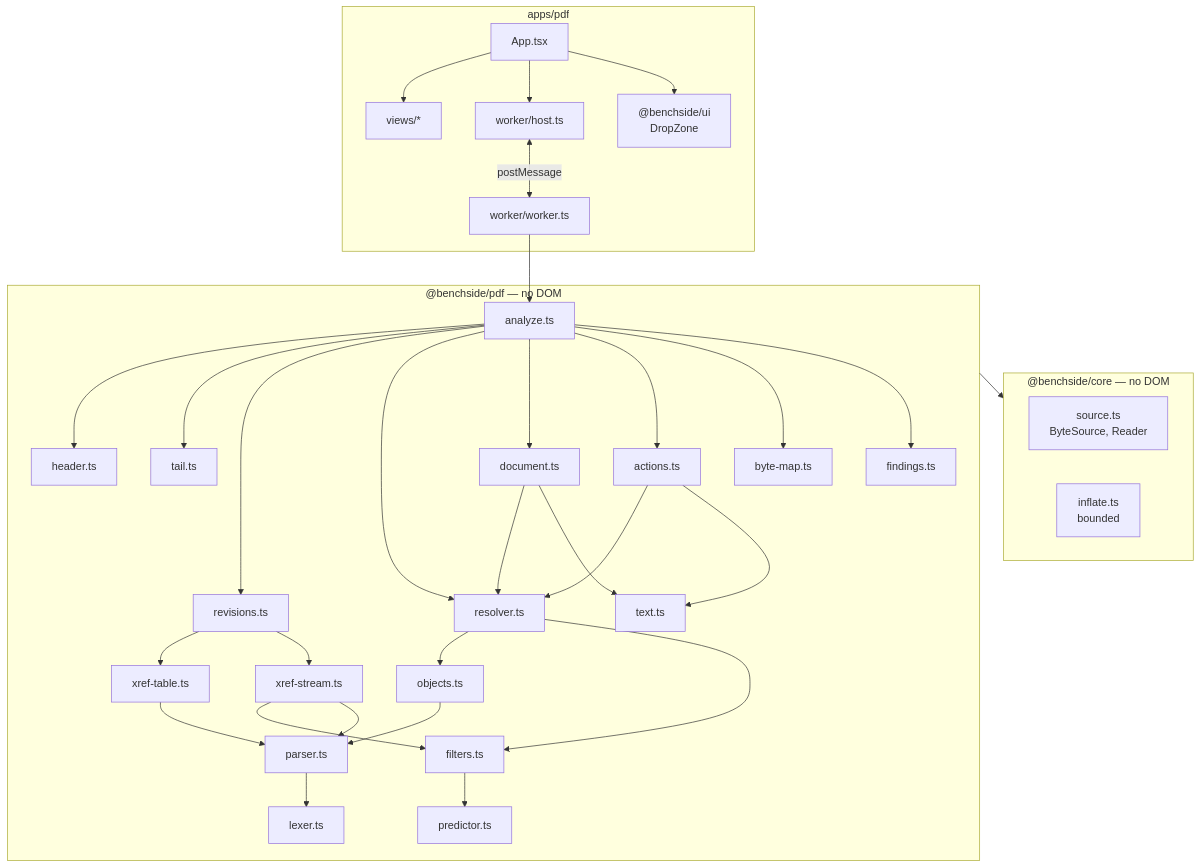
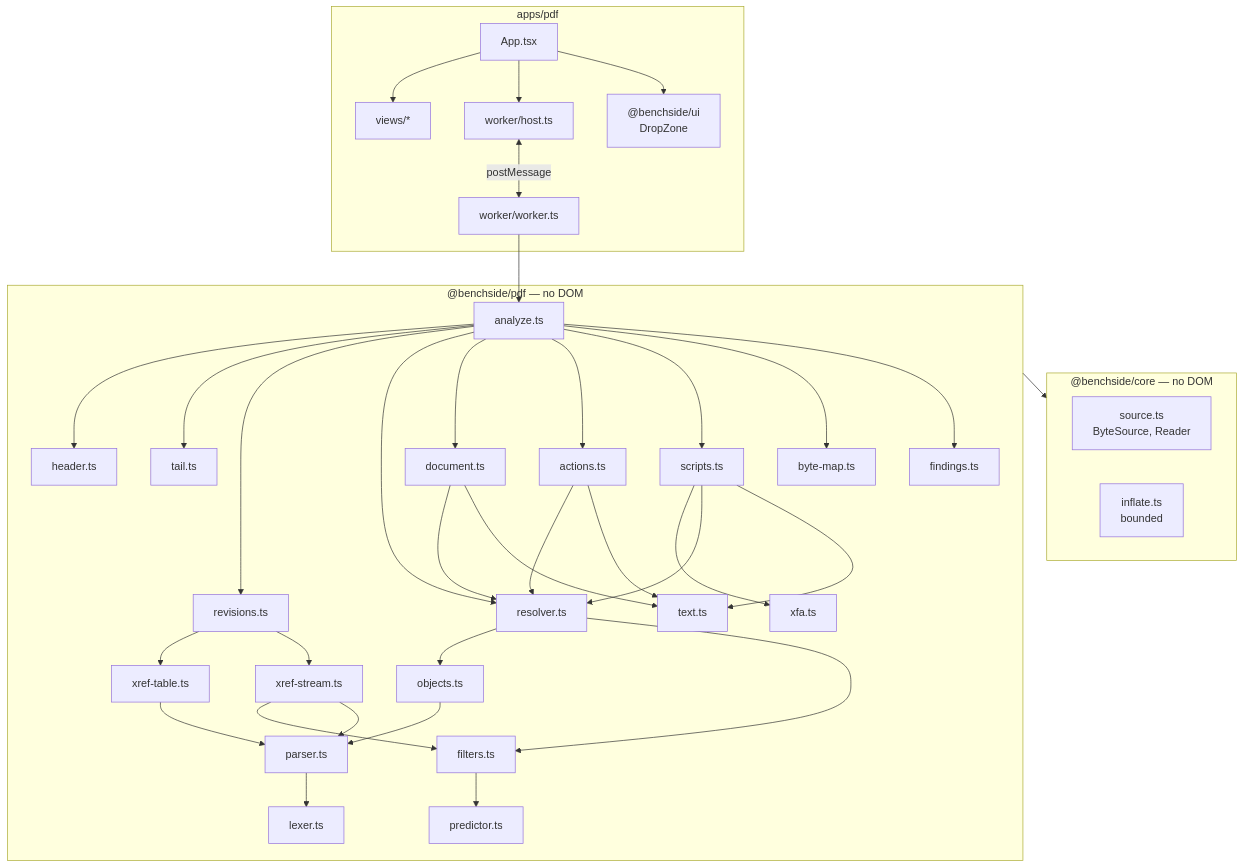
The first of 2 diagrams in docs/explanation/pdf-architecture.md (photom/benchside), drawn with Mermaid before and after one commit. The commit also changed other lines of this file and 30 other files, not shown here.

Commit message:
Find PDF scripts outside actions (#11)

````diff
--- a/docs/explanation/pdf-architecture.md
+++ b/docs/explanation/pdf-architecture.md
@@ -7,35 +7,37 @@
 ```mermaid
 flowchart TD
   subgraph app ["apps/pdf"]
     App[App.tsx] --> views[views/*]
     App --> host[worker/host.ts]
     host <-- postMessage --> worker[worker/worker.ts]
     App --> ui["@benchside/ui<br/>DropZone"]
   end
   subgraph pkg ["@benchside/pdf — no DOM"]
     analyze[analyze.ts] --> header[header.ts]
     analyze --> tail[tail.ts]
     analyze --> revs[revisions.ts]
     revs --> table[xref-table.ts]
     revs --> xstream[xref-stream.ts]
     xstream --> filters[filters.ts]
     filters --> predictor[predictor.ts]
     analyze --> resolver[resolver.ts]
     resolver --> objects[objects.ts]
     resolver --> filters
     analyze --> document[document.ts]
     analyze --> actions[actions.ts]
-    document & actions --> resolver
-    document & actions --> text[text.ts]
+    analyze --> scripts[scripts.ts]
+    scripts --> xfa[xfa.ts]
+    document & actions & scripts --> resolver
+    document & actions & scripts --> text[text.ts]
     table & xstream & objects --> parser[parser.ts]
     parser --> lexer[lexer.ts]
     analyze --> map[byte-map.ts]
     analyze --> findings[findings.ts]
   end
   subgraph core ["@benchside/core — no DOM"]
     source[source.ts<br/>ByteSource, Reader]
     inflate[inflate.ts<br/>bounded]
   end
   worker --> analyze
   pkg --> core
 ```
````
